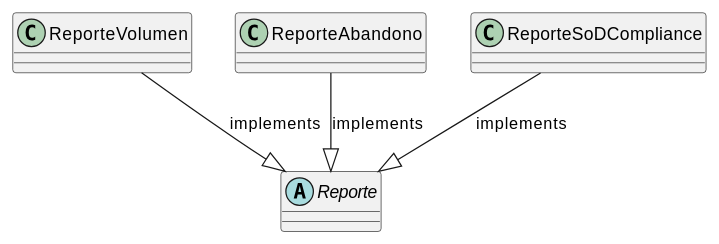
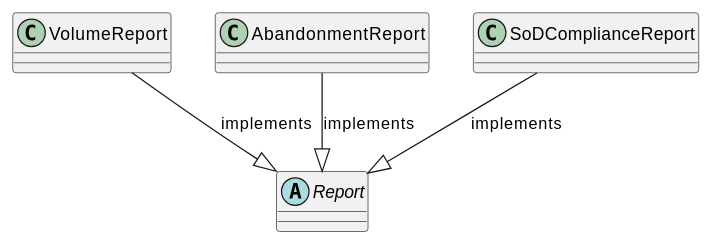
Before and after one commit to jcg-admin/IACT-docs: the diagram in source/requisitos/_metodologia-aplicacion/analisis-dominio/subtipos-con-etiqueta-implements.rst, drawn with PlantUML. The commit also changed 21 other files, not shown here.

```diff
--- a/source/requisitos/_metodologia-aplicacion/analisis-dominio/subtipos-con-etiqueta-implements.rst
+++ b/source/requisitos/_metodologia-aplicacion/analisis-dominio/subtipos-con-etiqueta-implements.rst
@@ -7,13 +7,13 @@
 .. uml::
 
    @startuml
 
-   abstract class Reporte
-   class ReporteVolumen
-   class ReporteAbandono
-   class ReporteSoDCompliance
+   abstract class Report
+   class VolumeReport
+   class AbandonmentReport
+   class SoDComplianceReport
 
-   ReporteVolumen --|> Reporte : implements
-   ReporteAbandono --|> Reporte : implements
-   ReporteSoDCompliance --|> Reporte : implements
+   VolumeReport --|> Report : implements
+   AbandonmentReport --|> Report : implements
+   SoDComplianceReport --|> Report : implements
    @enduml
```
